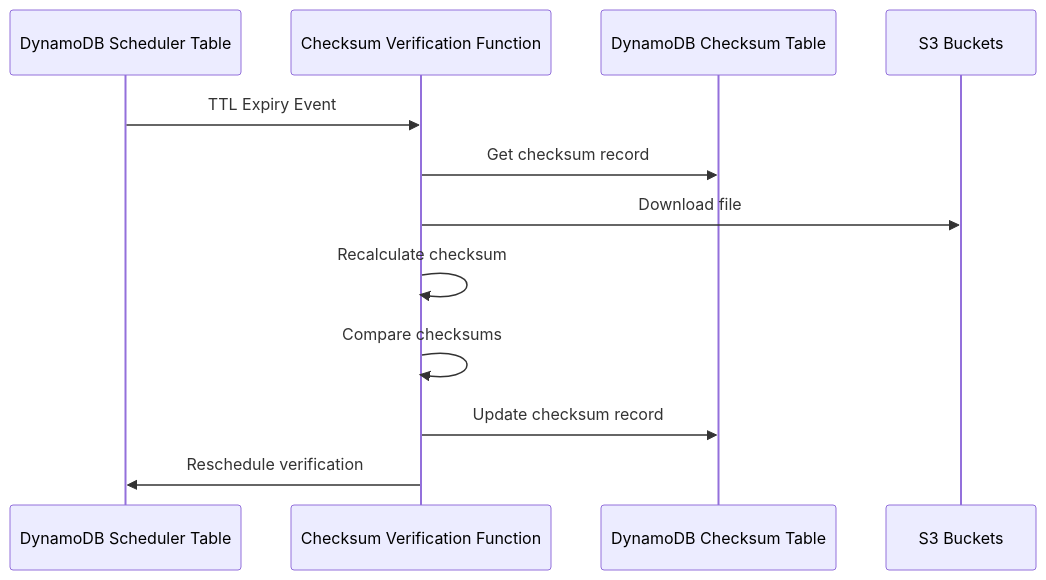
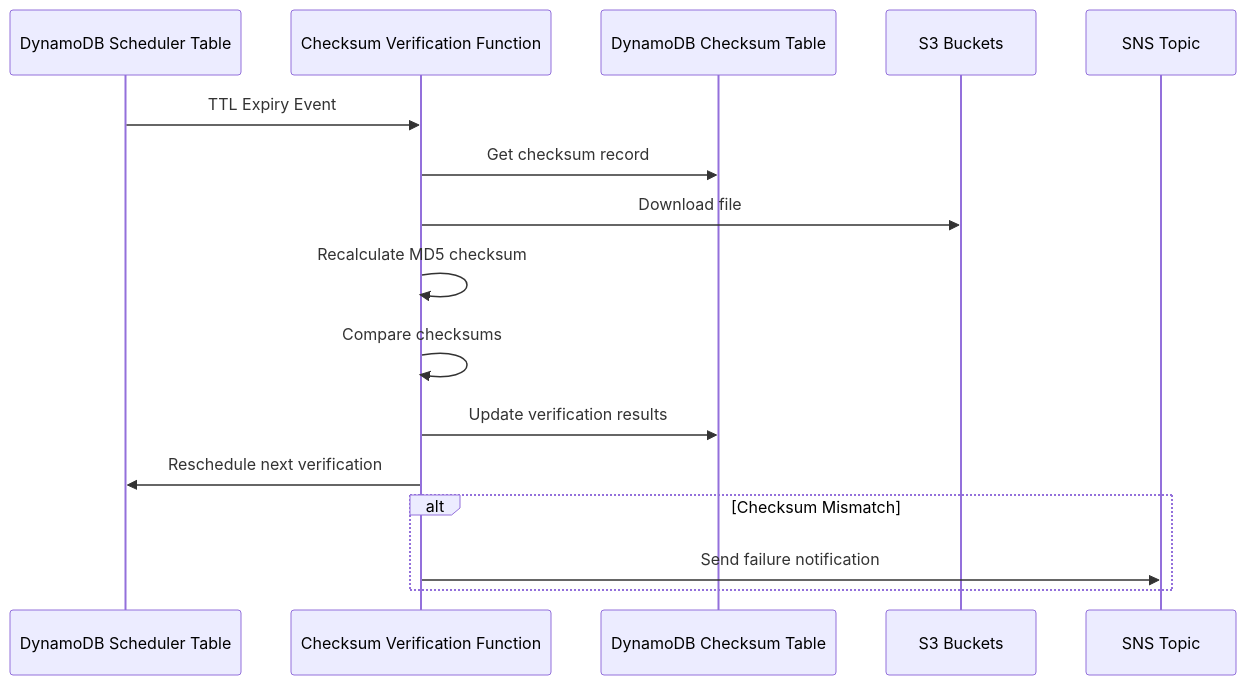
One commit to dts-hosting/duracloud-pilot changed the eighth of 10 diagrams in TECHNICAL.md. Above: the diagram before and after it, drawn with Mermaid. The commit also changed other lines of this file and 2 other files, not shown here.

````diff
--- a/TECHNICAL.md
+++ b/TECHNICAL.md
@@ -200,15 +270,19 @@
 ```mermaid
 sequenceDiagram
     participant DB2 as DynamoDB Scheduler Table
     participant CV as Checksum Verification Function
     participant DB1 as DynamoDB Checksum Table
     participant S3 as S3 Buckets
+    participant SNS as SNS Topic
 
     DB2->>CV: TTL Expiry Event
     CV->>DB1: Get checksum record
     CV->>S3: Download file
-    CV->>CV: Recalculate checksum
+    CV->>CV: Recalculate MD5 checksum
     CV->>CV: Compare checksums
-    CV->>DB1: Update checksum record
-    CV->>DB2: Reschedule verification
+    CV->>DB1: Update verification results
+    CV->>DB2: Reschedule next verification
+    alt Checksum Mismatch
+        CV->>SNS: Send failure notification
+    end
 ```
````
